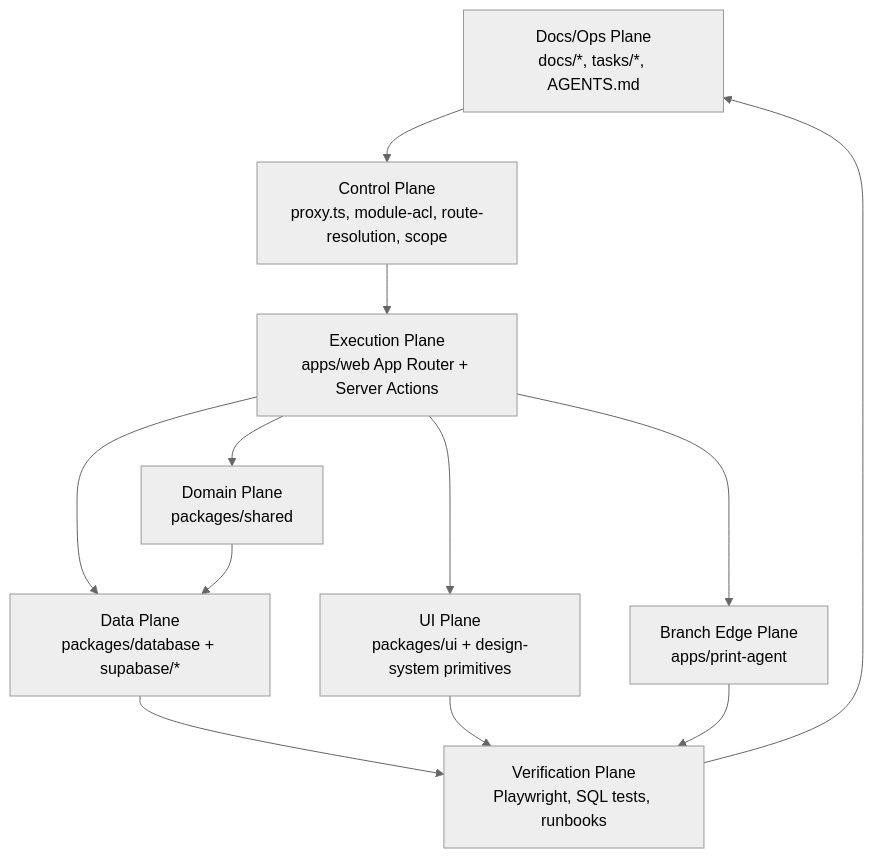
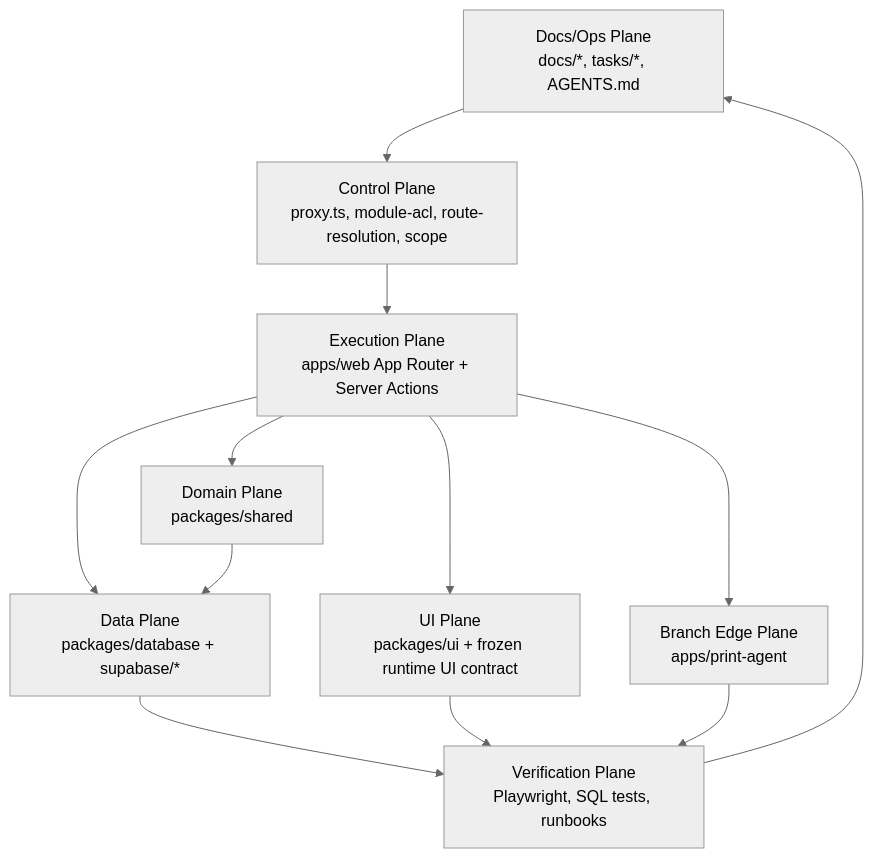
The diagram in docs/spec/architecture.md (comtammatu/comtammatu), drawn with Mermaid (neutral theme) before and after one commit. The commit also changed other lines of this file and 136 other files, not shown here.

````diff
--- a/docs/spec/architecture.md
+++ b/docs/spec/architecture.md
@@ -95,23 +113,23 @@
 ```mermaid
 flowchart TB
     docs["Docs/Ops Plane<br/>docs/*, tasks/*, AGENTS.md"]
     control["Control Plane<br/>proxy.ts, module-acl, route-resolution, scope"]
     app["Execution Plane<br/>apps/web App Router + Server Actions"]
     domain["Domain Plane<br/>packages/shared"]
     data["Data Plane<br/>packages/database + supabase/*"]
-    ui["UI Plane<br/>packages/ui + design-system primitives"]
+    ui["UI Plane<br/>packages/ui + frozen runtime UI contract"]
     edge["Branch Edge Plane<br/>apps/print-agent"]
     verify["Verification Plane<br/>Playwright, SQL tests, runbooks"]
 
     docs --> control
     control --> app
     app --> domain
     app --> data
     app --> ui
     app --> edge
     domain --> data
     data --> verify
     ui --> verify
     edge --> verify
     verify --> docs
 ```
````
